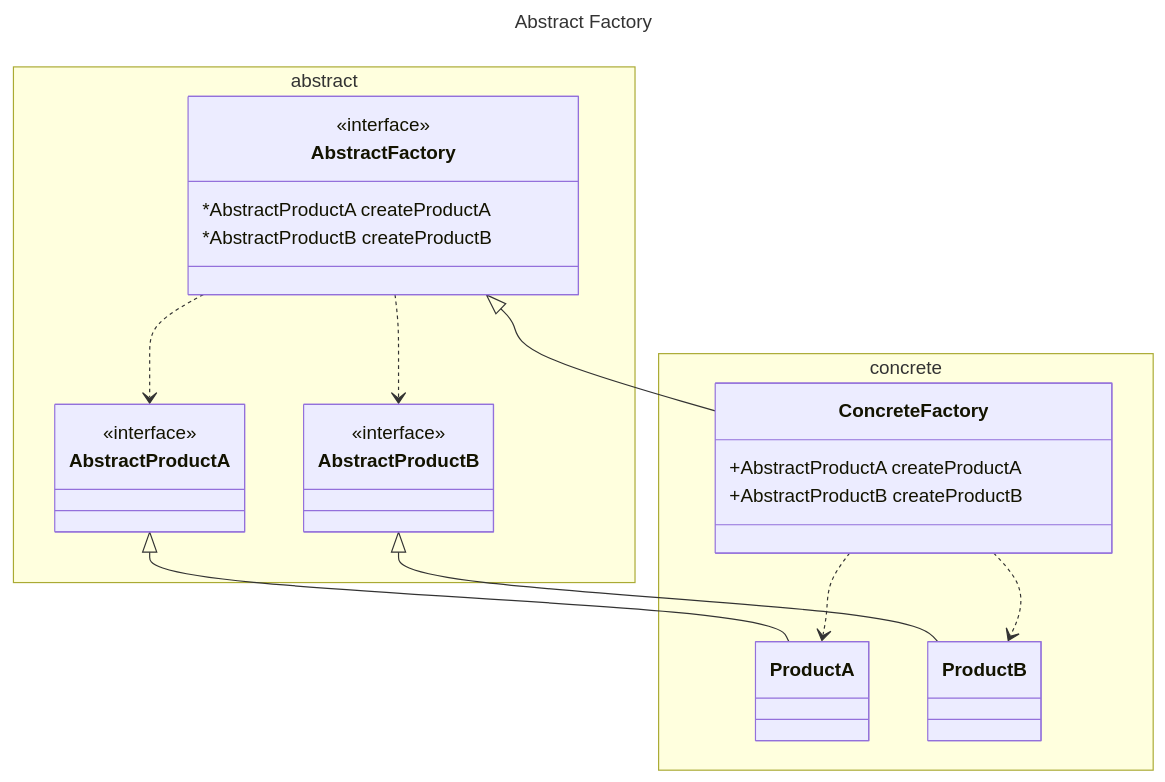
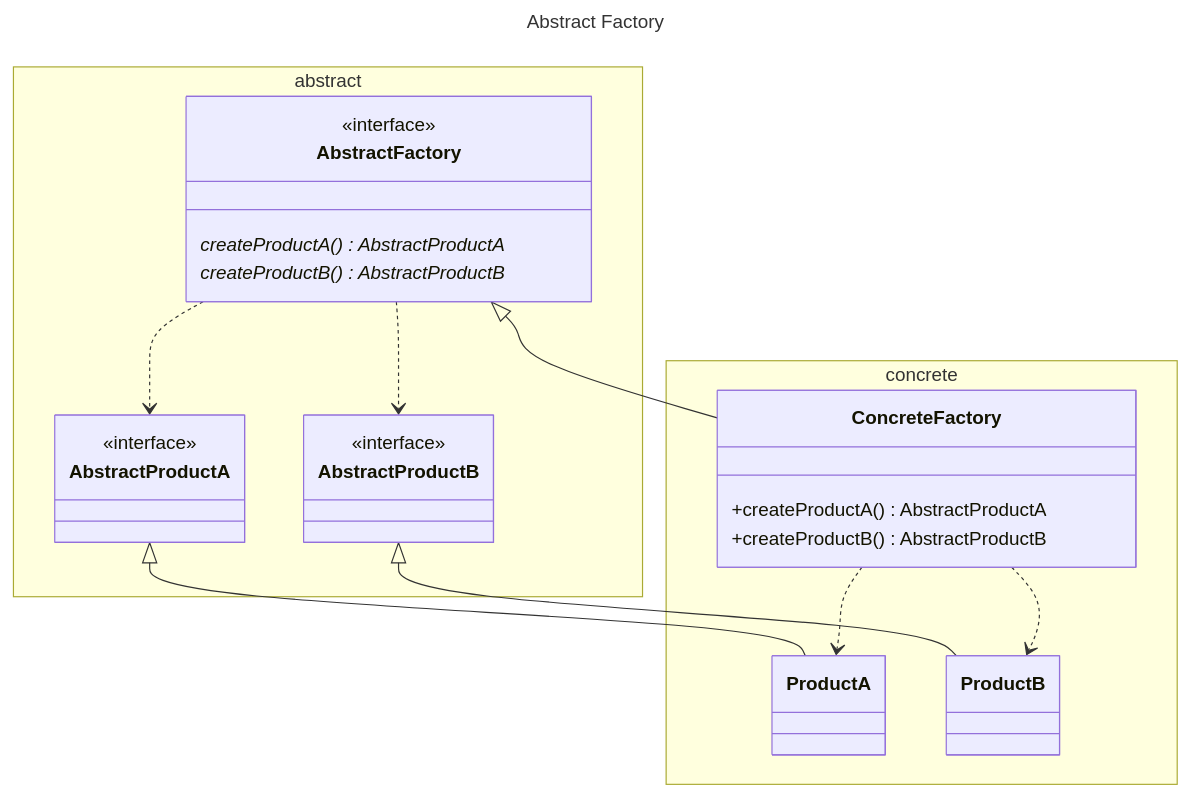
One commit to mtrigueira/JGoF changed the diagram in src/main/java/org/example/gof/creation/abstractFactory/AbstractFactory.md. Above: the diagram before and after it, drawn with Mermaid. The commit also changed 9 other files, not shown here.

Commit message:
tidy up diagrams

````diff
--- a/src/main/java/org/example/gof/creation/abstractFactory/AbstractFactory.md
+++ b/src/main/java/org/example/gof/creation/abstractFactory/AbstractFactory.md
@@ -1,35 +1,35 @@
 ```mermaid
 ---
 title: Abstract Factory
 ---
 classDiagram
     AbstractFactory <|-- ConcreteFactory
     AbstractFactory ..> AbstractProductA
     AbstractFactory ..> AbstractProductB
     AbstractProductA <|-- ProductA
     AbstractProductB <|-- ProductB
     ConcreteFactory ..> ProductA
     ConcreteFactory ..> ProductB
 
     namespace abstract {
         class AbstractFactory {
             <<interface>>
-            *AbstractProductA createProductA
-            *AbstractProductB createProductB
+            createProductA() AbstractProductA*
+            createProductB() AbstractProductB*
         }
         class AbstractProductA {
             <<interface>>
         }
         class AbstractProductB {
             <<interface>>
         }
     }
     namespace concrete {
         class ConcreteFactory {
-            +AbstractProductA createProductA
-            +AbstractProductB createProductB
+            +createProductA() AbstractProductA
+            +createProductB() AbstractProductB
         }
         class ProductA
         class ProductB
     }
 ```
````
